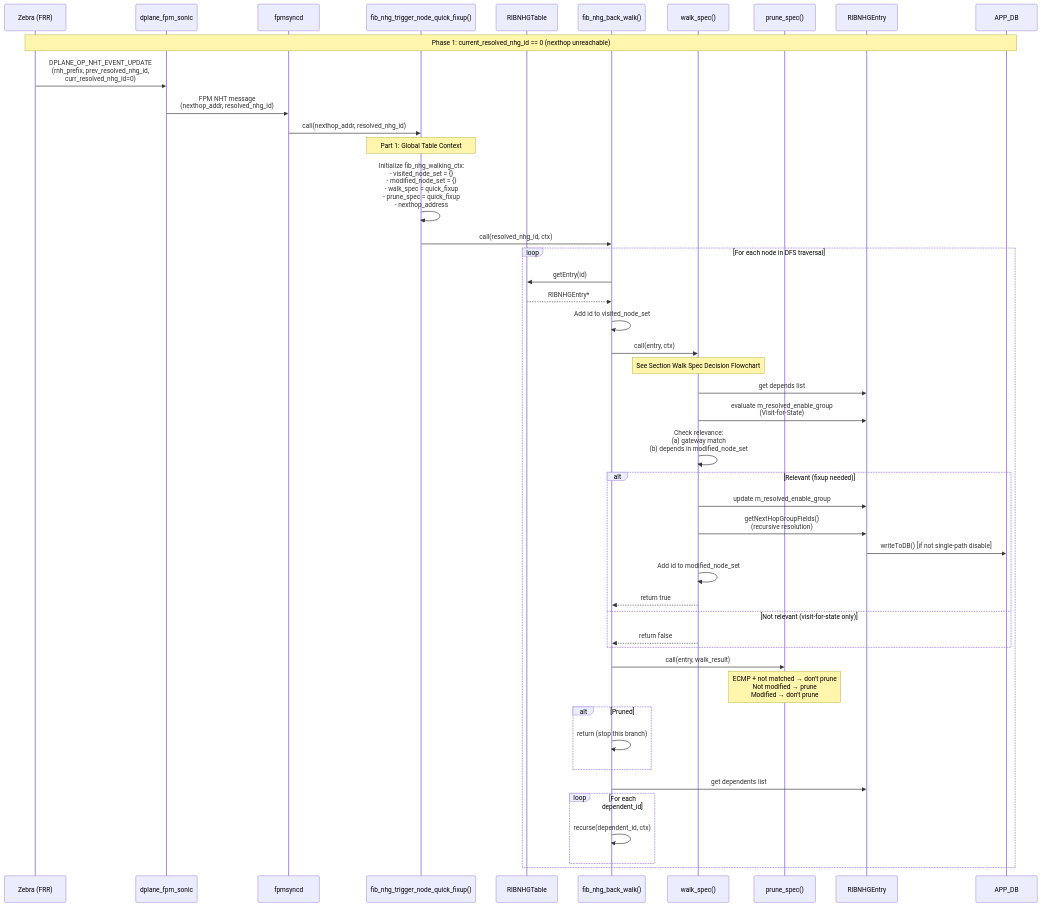
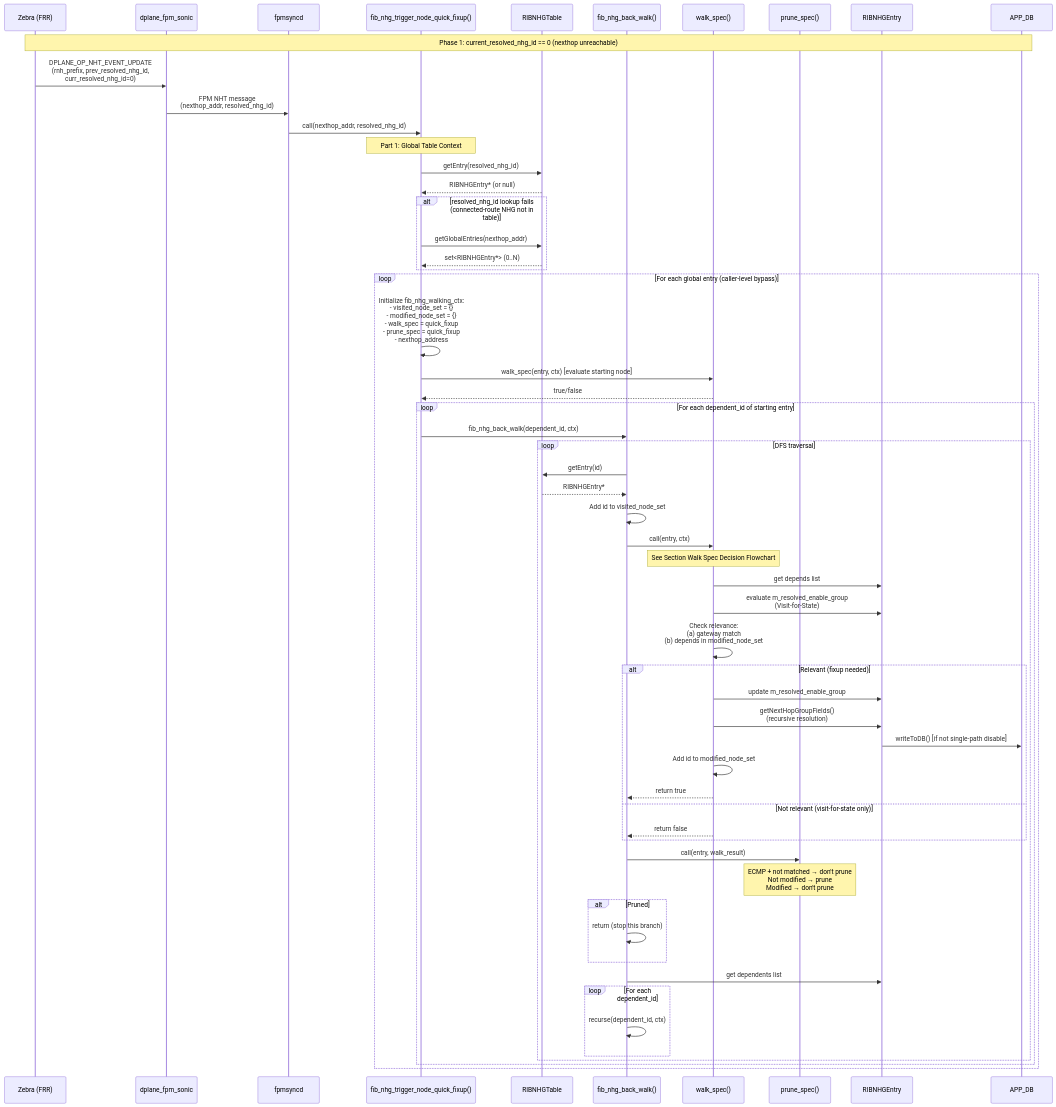
Before and after one commit to eddieruan-alibaba/SONiC: the third of 7 diagrams in doc/ribfib/ribfib_route_convergence.md, drawn with Mermaid. The commit also changed other lines of this file, not shown here.

Commit message:
Fix three issues observed in testing, change spec instead of coding

````diff
--- a/doc/ribfib/ribfib_route_convergence.md
+++ b/doc/ribfib/ribfib_route_convergence.md
@@ -717,58 +747,73 @@
 ```mermaid
 sequenceDiagram
     participant Zebra as Zebra (FRR)
     participant FPM as dplane_fpm_sonic
     participant Syncd as fpmsyncd
     participant Trigger as fib_nhg_trigger_node_quick_fixup()
     participant Table as RIBNHGTable
     participant Walk as fib_nhg_back_walk()
     participant WSpec as walk_spec()
     participant PSpec as prune_spec()
     participant Entry as RIBNHGEntry
     participant APPDB as APP_DB
 
     Note over Zebra,APPDB: Phase 1: current_resolved_nhg_id == 0 (nexthop unreachable)
 
     Zebra->>FPM: DPLANE_OP_NHT_EVENT_UPDATE<br/>(rnh_prefix, prev_resolved_nhg_id,<br/>curr_resolved_nhg_id=0)
     FPM->>Syncd: FPM NHT message<br/>(nexthop_addr, resolved_nhg_id)
     Syncd->>Trigger: call(nexthop_addr, resolved_nhg_id)
 
     Note over Trigger: Part 1: Global Table Context
-    Trigger->>Trigger: Initialize fib_nhg_walking_ctx:<br/>- visited_node_set = {}<br/>- modified_node_set = {}<br/>- walk_spec = quick_fixup<br/>- prune_spec = quick_fixup<br/>- nexthop_address
+    Trigger->>Table: getEntry(resolved_nhg_id)
+    Table-->>Trigger: RIBNHGEntry* (or null)
 
-    Trigger->>Walk: call(resolved_nhg_id, ctx)
+    alt resolved_nhg_id lookup fails (connected-route NHG not in table)
+        Trigger->>Table: getGlobalEntries(nexthop_addr)
+        Table-->>Trigger: set<RIBNHGEntry*> (0..N)
+    end
 
-    loop For each node in DFS traversal
-        Walk->>Table: getEntry(id)
-        Table-->>Walk: RIBNHGEntry*
+    loop For each global entry (caller-level bypass)
+        Trigger->>Trigger: Initialize fib_nhg_walking_ctx:<br/>- visited_node_set = {}<br/>- modified_node_set = {}<br/>- walk_spec = quick_fixup<br/>- prune_spec = quick_fixup<br/>- nexthop_address
 
-        Walk->>Walk: Add id to visited_node_set
+        Trigger->>WSpec: walk_spec(entry, ctx) [evaluate starting node]
+        WSpec-->>Trigger: true/false
 
-        Walk->>WSpec: call(entry, ctx)
-        Note over WSpec: See Section Walk Spec Decision Flowchart
-        WSpec->>Entry: get depends list
-        WSpec->>Entry: evaluate m_resolved_enable_group<br/>(Visit-for-State)
-        WSpec->>WSpec: Check relevance:<br/>(a) gateway match<br/>(b) depends in modified_node_set
+        loop For each dependent_id of starting entry
+            Trigger->>Walk: fib_nhg_back_walk(dependent_id, ctx)
 
-        alt Relevant (fixup needed)
-            WSpec->>Entry: update m_resolved_enable_group
-            WSpec->>Entry: getNextHopGroupFields()<br/>(recursive resolution)
-            Entry->>APPDB: writeToDB() [if not single-path disable]
-            WSpec->>WSpec: Add id to modified_node_set
-            WSpec-->>Walk: return true
-        else Not relevant (visit-for-state only)
-            WSpec-->>Walk: return false
-        end
+            loop DFS traversal
+                Walk->>Table: getEntry(id)
+                Table-->>Walk: RIBNHGEntry*
 
-        Walk->>PSpec: call(entry, walk_result)
-        Note over PSpec: ECMP + not matched → don't prune<br/>Not modified → prune<br/>Modified → don't prune
-        alt Pruned
-            Walk->>Walk: return (stop this branch)
-        end
+                Walk->>Walk: Add id to visited_node_set
 
-        Walk->>Entry: get dependents list
-        loop For each dependent_id
-            Walk->>Walk: recurse(dependent_id, ctx)
+                Walk->>WSpec: call(entry, ctx)
+                Note over WSpec: See Section Walk Spec Decision Flowchart
+                WSpec->>Entry: get depends list
+                WSpec->>Entry: evaluate m_resolved_enable_group<br/>(Visit-for-State)
+                WSpec->>WSpec: Check relevance:<br/>(a) gateway match<br/>(b) depends in modified_node_set
+
+                alt Relevant (fixup needed)
+                    WSpec->>Entry: update m_resolved_enable_group
+                    WSpec->>Entry: getNextHopGroupFields()<br/>(recursive resolution)
+                    Entry->>APPDB: writeToDB() [if not single-path disable]
+                    WSpec->>WSpec: Add id to modified_node_set
+                    WSpec-->>Walk: return true
+                else Not relevant (visit-for-state only)
+                    WSpec-->>Walk: return false
+                end
+
+                Walk->>PSpec: call(entry, walk_result)
+                Note over PSpec: ECMP + not matched → don't prune<br/>Not modified → prune<br/>Modified → don't prune
+                alt Pruned
+                    Walk->>Walk: return (stop this branch)
+                end
+
+                Walk->>Entry: get dependents list
+                loop For each dependent_id
+                    Walk->>Walk: recurse(dependent_id, ctx)
+                end
+            end
         end
     end
 ```
````
